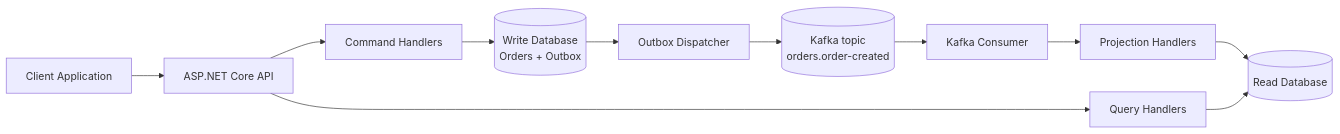
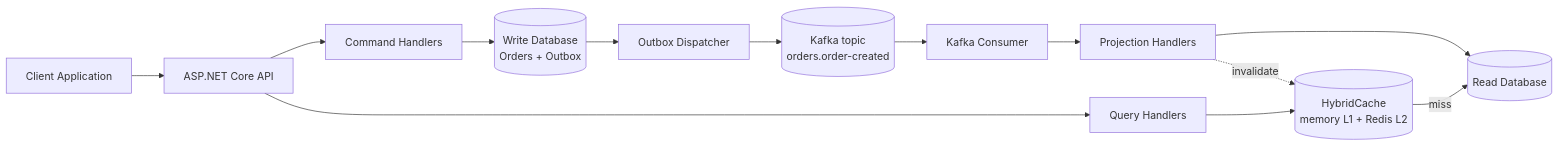
One commit to ayoolaniyan/ecom-api changed the first of 3 diagrams in README.md. Above: the diagram before and after it, drawn with Mermaid. The commit also changed other lines of this file and 9 other files, not shown here.

First line of the commit message:
feat: add Redis distributed caching with HybridCache

````diff
--- a/README.md
+++ b/README.md
@@ -32,27 +33,30 @@
 ``` mermaid
 flowchart LR
     Client[Client Application]
     API[ASP.NET Core API]
     Commands[Command Handlers]
     Queries[Query Handlers]
+    Cache[(HybridCache<br/>memory L1 + Redis L2)]
     WriteDB[(Write Database<br/>Orders + Outbox)]
     Dispatcher[Outbox Dispatcher]
     Kafka[(Kafka topic<br/>orders.order-created)]
     Consumer[Kafka Consumer]
     Projections[Projection Handlers]
     ReadDB[(Read Database)]
 
     Client --> API
     API --> Commands
     API --> Queries
 
     Commands --> WriteDB
     WriteDB --> Dispatcher
     Dispatcher --> Kafka
 
     Kafka --> Consumer
     Consumer --> Projections
     Projections --> ReadDB
 
-    Queries --> ReadDB
+    Queries --> Cache
+    Cache -->|miss| ReadDB
+    Projections -.->|invalidate| Cache
 ```
````
